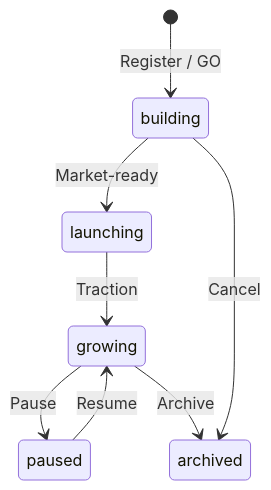
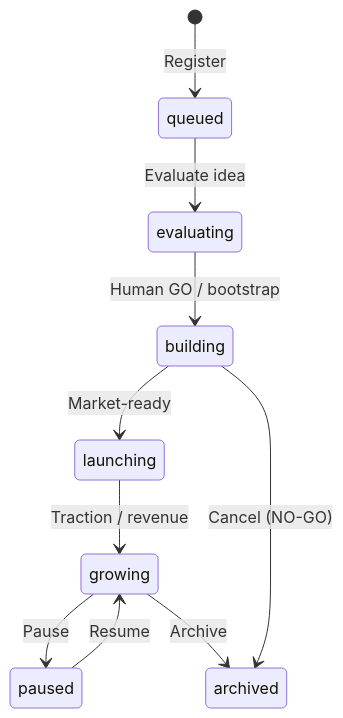
Before and after one commit to kreodevs/ia-company: the diagram in frontend/src/content/help/guia-productos.en.md, drawn with Mermaid. The commit also changed other lines of this file and 21 other files, not shown here.

````diff
--- a/frontend/src/content/help/guia-productos.en.md
+++ b/frontend/src/content/help/guia-productos.en.md
@@ -18,10 +19,12 @@
 ```mermaid
 stateDiagram-v2
-  [*] --> building: Register / GO
+  [*] --> queued: Register
+  queued --> evaluating: Evaluate idea
+  evaluating --> building: Human GO / bootstrap
   building --> launching: Market-ready
-  launching --> growing: Traction
+  launching --> growing: Traction / revenue
   growing --> paused: Pause
   paused --> growing: Resume
   growing --> archived: Archive
-  building --> archived: Cancel
+  building --> archived: Cancel (NO-GO)
 ```
````
